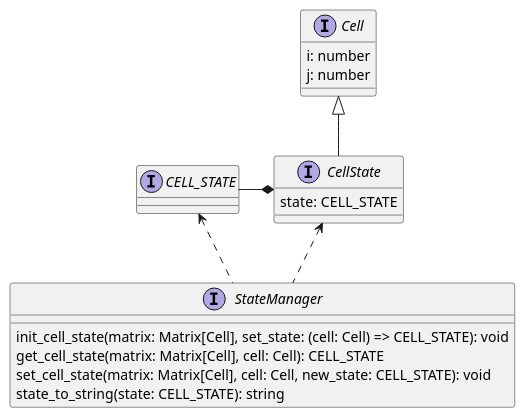
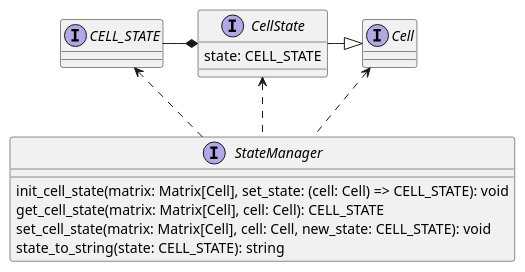
The second of 3 diagrams in docs/Index.md (SimoneMagnani/CPP-analysis), drawn with PlantUML before and after one commit. The commit also changed other lines of this file, not shown here.

````diff
--- a/docs/Index.md
+++ b/docs/Index.md
@@ -18,33 +23,32 @@
 ```plantuml
 @startuml
 /'Enum CELL_STATE {
   UNKNOWN
   VISITING
   VISITABLE
   UNVISITABLE
   WASVISITABLE
 }'/
 Interface CELL_STATE
 
 Interface Cell {
-  i: number
-  j: number
 }
 
 Interface CellState {
   state: CELL_STATE
 }
-Cell <|-- CellState
+Cell <|-left CellState
 
 interface StateManager {
   init_cell_state(matrix: Matrix[Cell], set_state: (cell: Cell) => CELL_STATE): void
   get_cell_state(matrix: Matrix[Cell], cell: Cell): CELL_STATE
   set_cell_state(matrix: Matrix[Cell], cell: Cell, new_state: CELL_STATE): void
   state_to_string(state: CELL_STATE): string
 }
 
 CELL_STATE -* CellState
 CELL_STATE <.. StateManager
 CellState <.. StateManager
+Cell <.. StateManager
 @enduml
 ```
````
